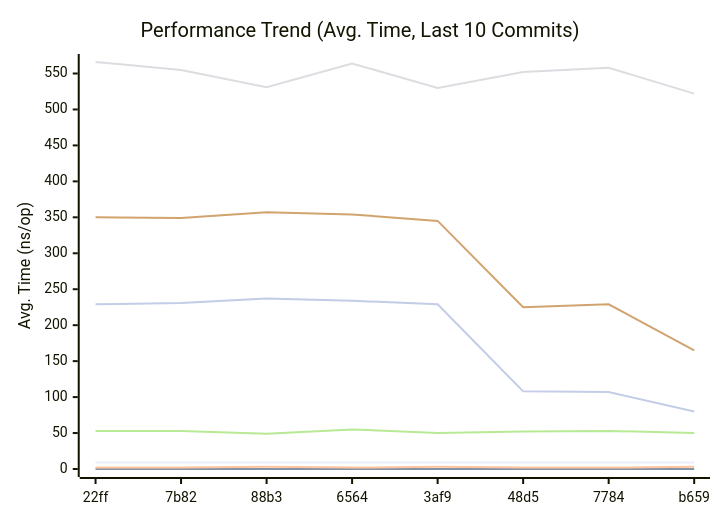
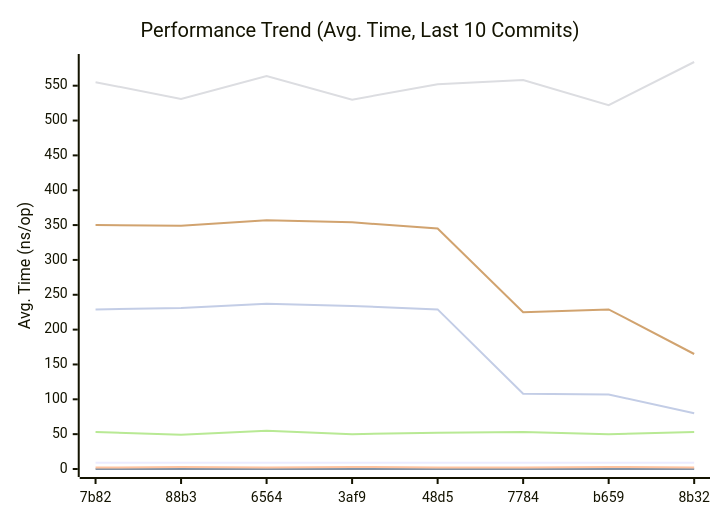
One commit to alsotoes/momo changed the first of 3 diagrams in doc/README.md. Above: the diagram before and after it, drawn with Mermaid. The commit also changed other lines of this file and 1 other file, not shown here.

````diff
--- a/doc/README.md
+++ b/doc/README.md
@@ -296,14 +296,14 @@
 ```mermaid
 xychart-beta
     title "Performance Trend (Avg. Time, Last 10 Commits)"
     x-axis "Commit"
     y-axis "Avg. Time (ns/op)"
-    x-axis [22ff,7b82,88b3,6564,3af9,48d5,7784,b659]
-    line "CheckMetricsAndSwap" [9,9,9,9,9,9,9,9,9,9]
+    x-axis [7b82,88b3,6564,3af9,48d5,7784,b659,8b32]
+    line "CheckMetricsAndSwap" [9,9,9,9,9,9,9,9,9,8]
     line "IndexDirectTracking" [0,0,0,0,0,0,0,0,0,0]
-    line "IndexSearch" [2,2,3,2,3,2,2,3,2,2]
-    line "LoadGlobalConfig" [566,555,531,564,530,552,558,522,584,581]
-    line "PadString" [53,53,49,55,50,52,53,50,53,54]
+    line "IndexSearch" [2,3,2,3,2,2,3,2,2,4]
+    line "LoadGlobalConfig" [555,531,564,530,552,558,522,584,581,581]
+    line "PadString" [53,49,55,50,52,53,50,53,54,51]
     line "ParseReplicationOrder_NoPrealloc" [350,349,357,354,345,225,229,165,232,234]
     line "ParseReplicationOrder_Prealloc" [229,231,237,234,229,108,107,80,110,109]
 ```
````
